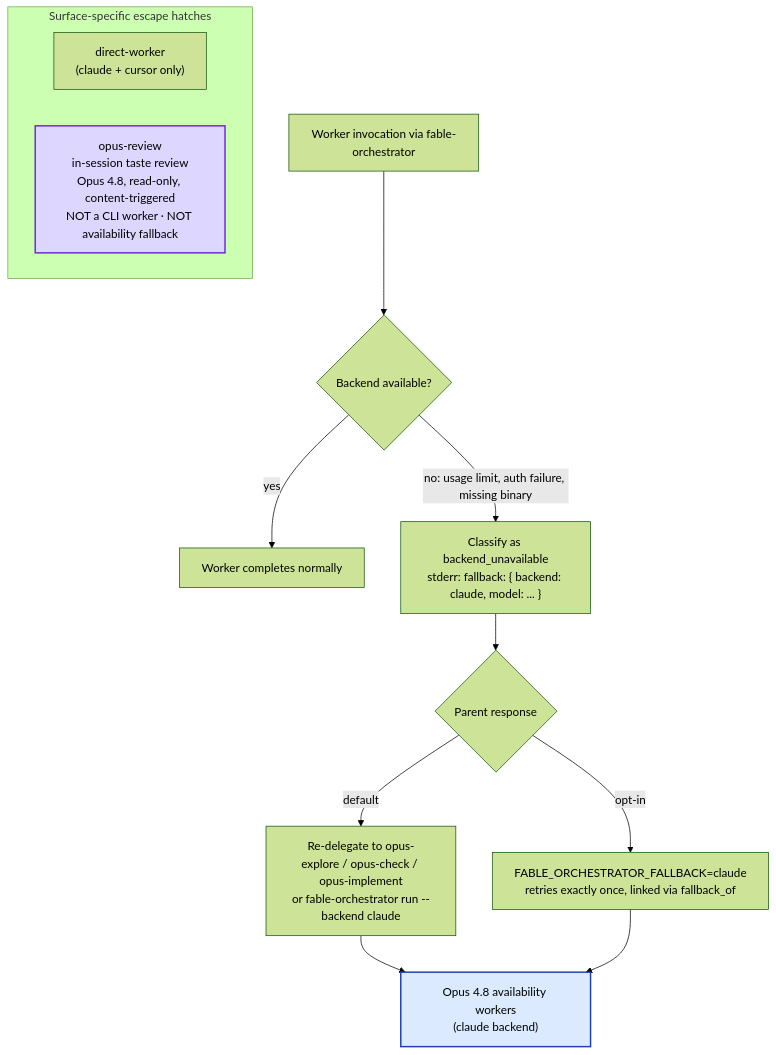
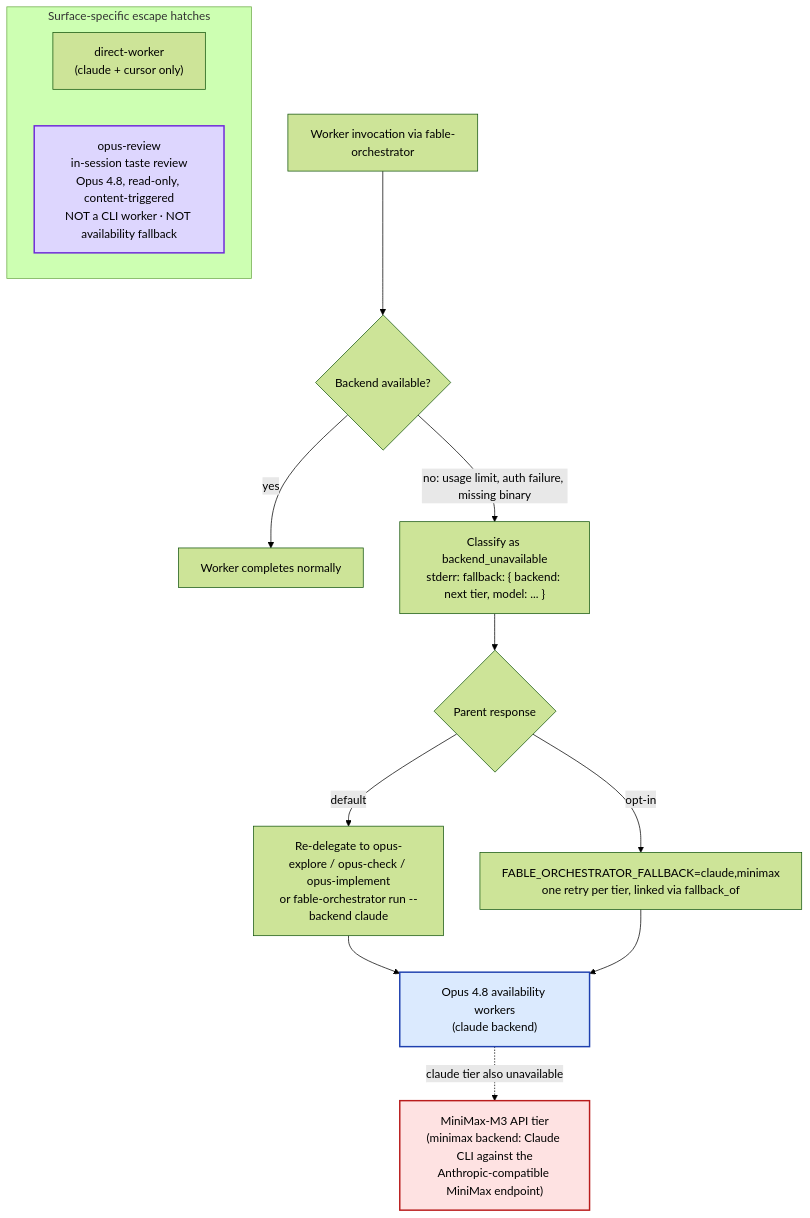
Before and after one commit to andysolomon/arc-orchestrator: the sixth of 6 diagrams in docs/diagrams/harness-overview.mermaid.md, drawn with Mermaid (forest theme). The commit also changed other lines of this file and 2 other files, not shown here.

Commit message:
docs(diagrams): add availability fallback chain and minimax tier to mermaid diagrams

````diff
--- a/docs/diagrams/harness-overview.mermaid.md
+++ b/docs/diagrams/harness-overview.mermaid.md
@@ -187,23 +188,26 @@
 ```mermaid
 flowchart TD
     WorkerRun["Worker invocation via fable-orchestrator"] --> Available{Backend available?}
     Available -->|yes| Done["Worker completes normally"]
-    Available -->|no: usage limit, auth failure, missing binary| Classify["Classify as backend_unavailable<br/>stderr: fallback: { backend: claude, model: ... }"]
+    Available -->|no: usage limit, auth failure, missing binary| Classify["Classify as backend_unavailable<br/>stderr: fallback: { backend: next tier, model: ... }"]
 
     Classify --> ParentChoice{Parent response}
     ParentChoice -->|default| ReDelegate["Re-delegate to opus-explore / opus-check / opus-implement<br/>or fable-orchestrator run --backend claude"]
-    ParentChoice -->|opt-in| AutoRetry["FABLE_ORCHESTRATOR_FALLBACK=claude<br/>retries exactly once, linked via fallback_of"]
+    ParentChoice -->|opt-in| AutoRetry["FABLE_ORCHESTRATOR_FALLBACK=claude,minimax<br/>one retry per tier, linked via fallback_of"]
 
     ReDelegate --> OpusAvail["Opus 4.8 availability workers<br/>(claude backend)"]
     AutoRetry --> OpusAvail
+    OpusAvail -.->|claude tier also unavailable| MiniMaxAvail["MiniMax-M3 API tier<br/>(minimax backend: Claude CLI against the<br/>Anthropic-compatible MiniMax endpoint)"]
 
     subgraph escape["Surface-specific escape hatches"]
         DirectWorker["direct-worker<br/>(claude + cursor only)"]
         OpusReviewPath["opus-review<br/>in-session taste review<br/>Opus 4.8, read-only, content-triggered<br/>NOT a CLI worker · NOT availability fallback"]
     end
 
     classDef readonly fill:#dbeafe,stroke:#1e40af,stroke-width:2px;
     classDef taste fill:#ddd6fe,stroke:#6d28d9,stroke-width:2px;
+    classDef minimax fill:#fee2e2,stroke:#b91c1c,stroke-width:2px;
     class OpusAvail readonly;
     class OpusReviewPath taste;
+    class MiniMaxAvail minimax;
 ```
````
